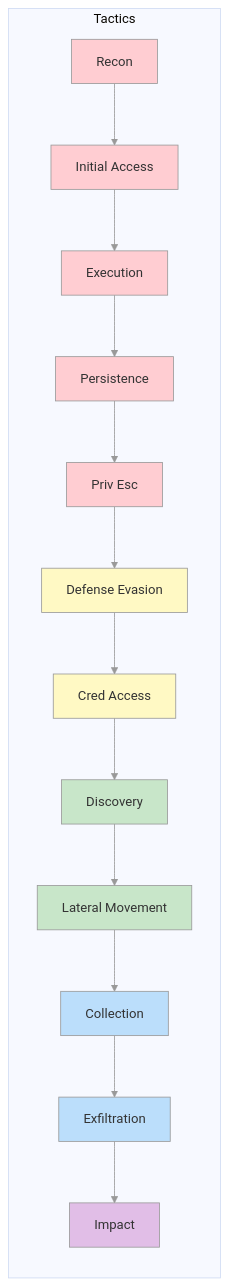
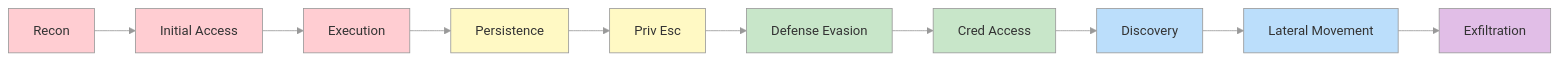
One commit to manojxshrestha/SOC-Analyst-Cheatsheet changed the fourth of 6 diagrams in 2-Security-Monitoring-SIEM-Fundamentals/README.md. Above: the diagram before and after it, drawn with Mermaid. The commit also changed other lines of this file, not shown here.

````diff
--- a/2-Security-Monitoring-SIEM-Fundamentals/README.md
+++ b/2-Security-Monitoring-SIEM-Fundamentals/README.md
@@ -350,30 +306,24 @@
 ```mermaid
 %%{init: {'theme': 'base', 'themeVariables': { 'lineColor': '#999', 'nodeBorder': '#999'}}}%%
 flowchart LR
-    subgraph "Tactics"
-        A[Recon] --> B[Initial Access]
-        B --> C[Execution]
-        C --> D[Persistence]
-        D --> E[Priv Esc]
-        E --> F[Defense Evasion]
-        F --> G[Cred Access]
-        G --> H[Discovery]
-        H --> I[Lateral Movement]
-        I --> J[Collection]
-        J --> K[Exfiltration]
-        K --> L[Impact]
-    end
+    A[Recon] --> B[Initial Access]
+    B --> C[Execution]
+    C --> D[Persistence]
+    D --> E[Priv Esc]
+    E --> F[Defense Evasion]
+    F --> G[Cred Access]
+    G --> H[Discovery]
+    H --> I[Lateral Movement]
+    I --> J[Exfiltration]
     
-    style A fill:#ffcdd2
-    style B fill:#ffcdd2
-    style C fill:#ffcdd2
-    style D fill:#ffcdd2
-    style E fill:#ffcdd2
-    style F fill:#fff9c4
-    style G fill:#fff9c4
-    style H fill:#c8e6c9
-    style I fill:#c8e6c9
-    style J fill:#bbdefb
-    style K fill:#bbdefb
-    style L fill:#e1bee7
+    style A fill:#ffcdd2,stroke:#999
+    style B fill:#ffcdd2,stroke:#999
+    style C fill:#ffcdd2,stroke:#999
+    style D fill:#fff9c4,stroke:#999
+    style E fill:#fff9c4,stroke:#999
+    style F fill:#c8e6c9,stroke:#999
+    style G fill:#c8e6c9,stroke:#999
+    style H fill:#bbdefb,stroke:#999
+    style I fill:#bbdefb,stroke:#999
+    style J fill:#e1bee7,stroke:#999
 ```
````
